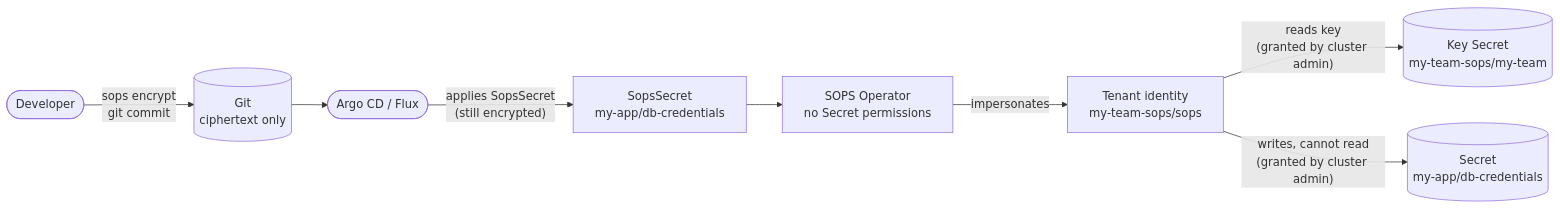
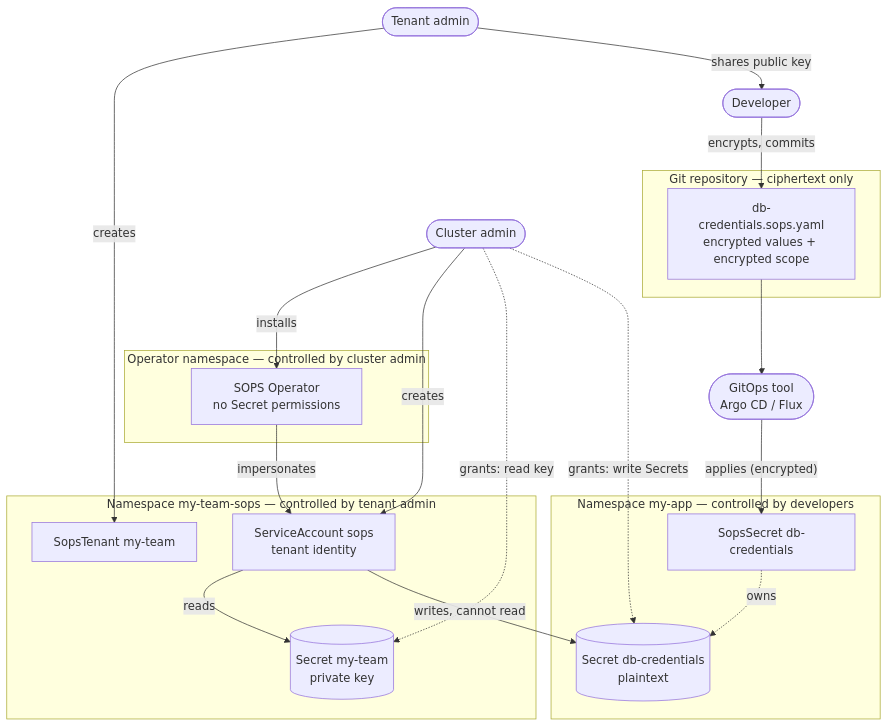
The diagram in README.md (stakater/sops-operator), drawn with Mermaid before and after one commit. The commit also changed other lines of this file and 1 other file, not shown here.

Commit message:
docs: generic example names, fix the lifecycle diagram, show tenant boundaries in the README

````diff
--- a/README.md
+++ b/README.md
@@ -99,10 +102,41 @@
 ```mermaid
-flowchart LR
-    DEV(["Developer"]) -->|"sops encrypt<br/>git commit"| GIT[("Git<br/>ciphertext only")]
-    GIT --> GITOPS(["Argo CD / Flux"])
-    GITOPS -->|"applies SopsSecret<br/>(still encrypted)"| SS["SopsSecret<br/>my-app/db-credentials"]
-    SS --> OP["SOPS Operator<br/>no Secret permissions"]
-    OP -->|impersonates| SA["Tenant identity<br/>my-team-sops/sops"]
-    SA -->|"reads key<br/>(granted by cluster admin)"| KEY[("Key Secret<br/>my-team-sops/my-team")]
-    SA -->|"writes, cannot read<br/>(granted by cluster admin)"| OUT[("Secret<br/>my-app/db-credentials")]
+flowchart TB
+    CA(["Cluster admin"])
+    TA(["Tenant admin"])
+    DEV(["Developer"])
+
+    subgraph GIT["Git repository — ciphertext only"]
+        FILE["db-credentials.sops.yaml<br/>encrypted values + encrypted scope"]
+    end
+
+    GITOPS(["GitOps tool<br/>Argo CD / Flux"])
+
+    subgraph OPNS["Operator namespace — controlled by cluster admin"]
+        OP["SOPS Operator<br/>no Secret permissions"]
+    end
+
+    subgraph TNS["Namespace my-team-sops — controlled by tenant admin"]
+        TEN["SopsTenant my-team"]
+        KEY[("Secret my-team<br/>private key")]
+        SA["ServiceAccount sops<br/>tenant identity"]
+    end
+
+    subgraph APP["Namespace my-app — controlled by developers"]
+        SS["SopsSecret db-credentials"]
+        OUT[("Secret db-credentials<br/>plaintext")]
+    end
+
+    CA -->|installs| OP
+    CA -->|creates| SA
+    CA -.->|"grants: read key"| KEY
+    CA -.->|"grants: write Secrets"| OUT
+    TA -->|creates| TEN
+    TA -->|"shares public key"| DEV
+    DEV -->|"encrypts, commits"| FILE
+    FILE --> GITOPS
+    GITOPS -->|"applies (encrypted)"| SS
+    OP -->|impersonates| SA
+    SA -->|reads| KEY
+    SA -->|"writes, cannot read"| OUT
+    SS -.->|owns| OUT
 ```
````
